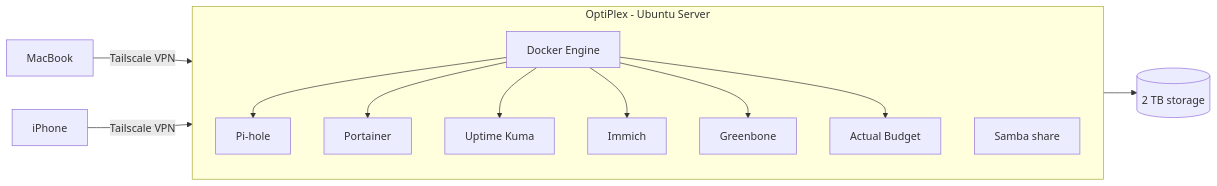
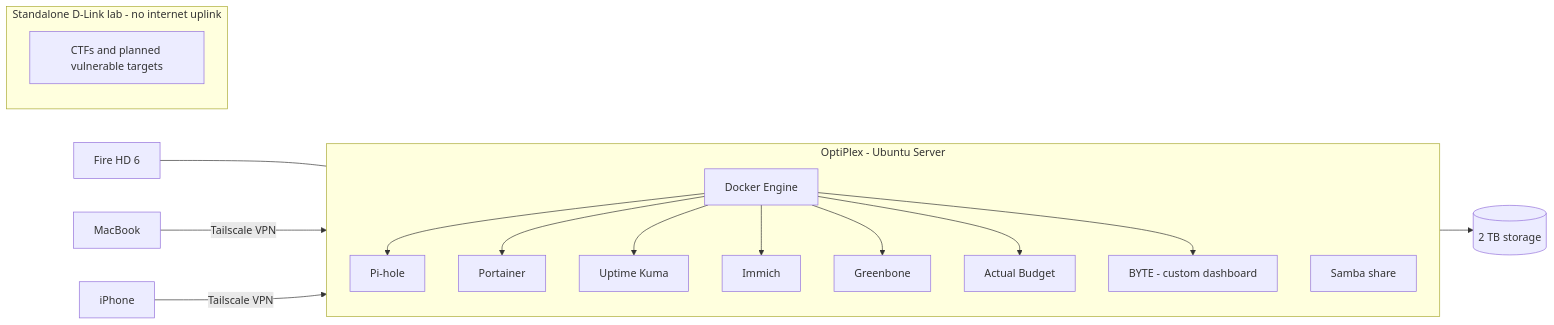
Before and after one commit to janavsatija/BLCKBX1: the diagram in README.md, drawn with Mermaid. The commit also changed other lines of this file, not shown here.

Commit message:
Document homelab journey, BYTE, troubleshooting and security roadmap

````diff
--- a/README.md
+++ b/README.md
@@ -46,17 +51,22 @@
 ```mermaid
 flowchart LR
     Mac[MacBook] -- Tailscale VPN --> Lab
     Phone[iPhone] -- Tailscale VPN --> Lab
     subgraph Lab[OptiPlex - Ubuntu Server]
         direction TB
         Docker[Docker Engine]
         Docker --> Pihole[Pi-hole]
         Docker --> Portainer
         Docker --> Kuma[Uptime Kuma]
         Docker --> Immich
         Docker --> Greenbone
         Docker --> Actual[Actual Budget]
+        Docker --> BYTE[BYTE - custom dashboard]
         Samba[Samba share]
     end
     Lab --> HDD[(2 TB storage)]
+    Tablet[Fire HD 6] --- BYTE
+    subgraph Isolated[Standalone D-Link lab - no internet uplink]
+        Targets[CTFs and planned vulnerable targets]
+    end
 ```
````
